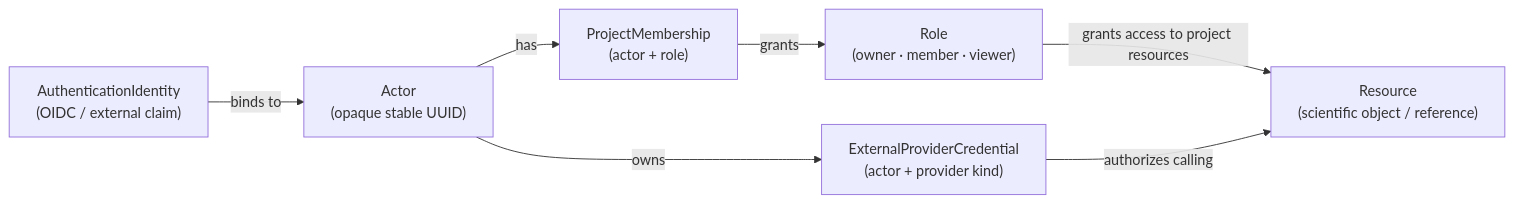
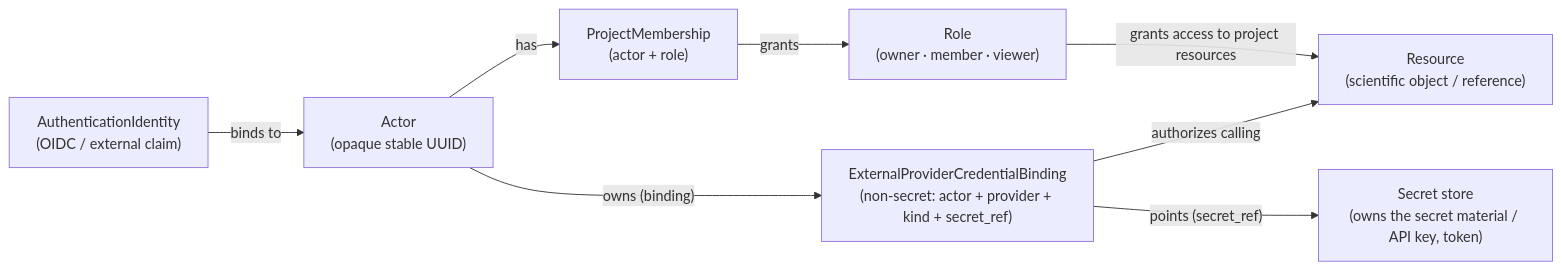
Before and after one commit to YaoYinYing/REvoLab: the sixth of 6 diagrams in docs/architecture/SYSTEM_ARCHITECTURE.md, drawn with Mermaid. The commit also changed other lines of this file and 12 other files, not shown here.

````diff
--- a/docs/architecture/SYSTEM_ARCHITECTURE.md
+++ b/docs/architecture/SYSTEM_ARCHITECTURE.md
@@ -282,16 +282,18 @@
 ```mermaid
 flowchart LR
     Auth["AuthenticationIdentity<br/>(OIDC / external claim)"]
     Actor["Actor<br/>(opaque stable UUID)"]
     Mem["ProjectMembership<br/>(actor + role)"]
     Role["Role<br/>(owner · member · viewer)"]
     Res["Resource<br/>(scientific object / reference)"]
-    Cred["ExternalProviderCredential<br/>(actor + provider kind)"]
+    Cred["ExternalProviderCredentialBinding<br/>(non-secret: actor + provider + kind + secret_ref)"]
+    Sec["Secret store<br/>(owns the secret material / API key, token)"]
 
     Auth -- binds to --> Actor
     Actor -- has --> Mem
     Mem -- grants --> Role
     Role -- grants access to project resources --> Res
-    Actor -- owns --> Cred
+    Actor -- owns (binding) --> Cred
+    Cred -- points (secret_ref) --> Sec
     Cred -- authorizes calling --> Res
 ```
````
